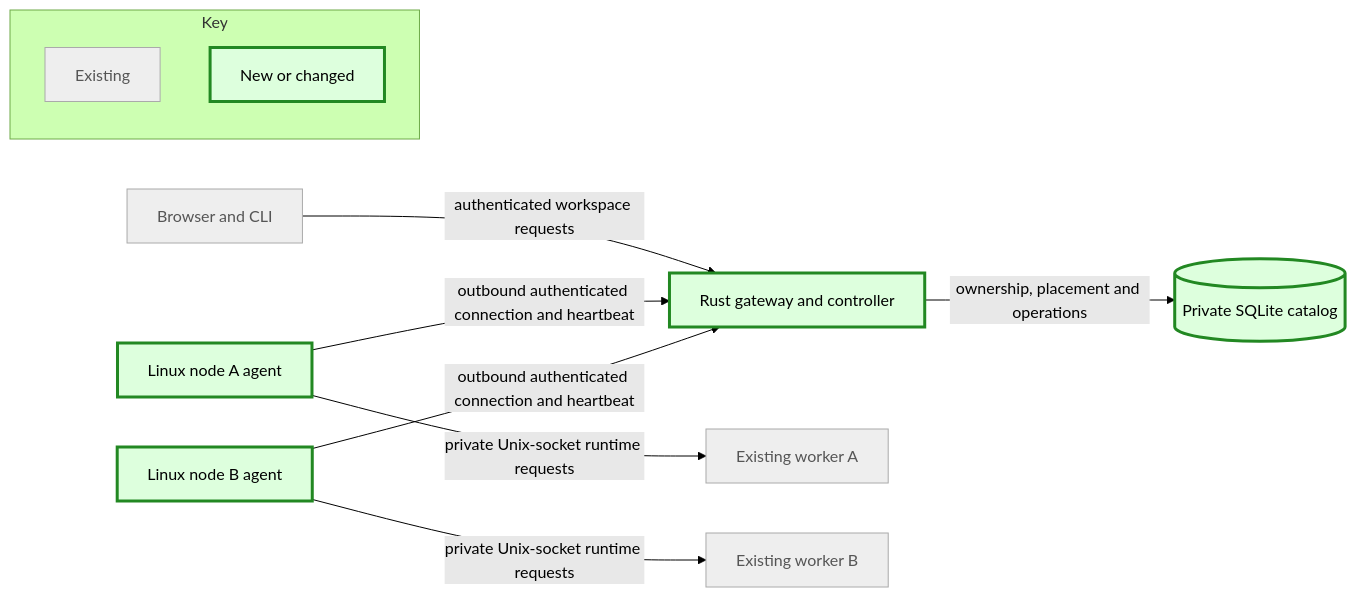
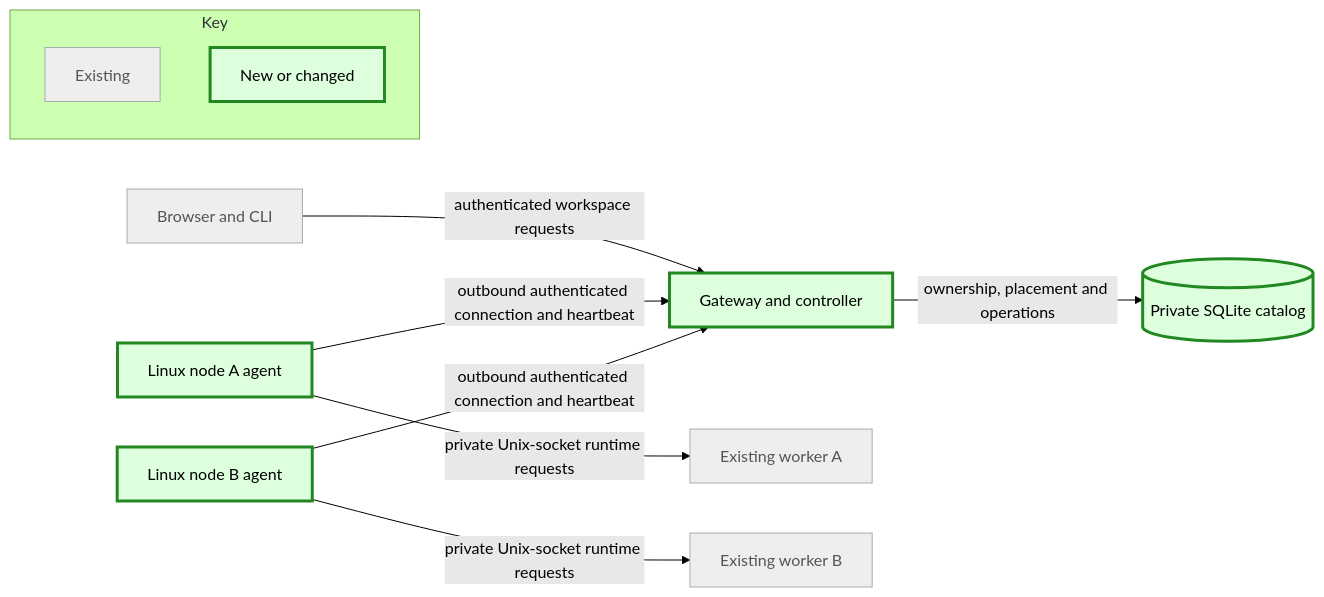
The first of 2 diagrams in docs/plans/multinode-architecture.md (sebassdc/open-workspaces), drawn with Mermaid (forest theme) before and after one commit. The commit also changed other lines of this file and 75 other files, not shown here.

````diff
--- a/docs/plans/multinode-architecture.md
+++ b/docs/plans/multinode-architecture.md
@@ -9,15 +9,15 @@
 ```mermaid
 flowchart LR
   subgraph Key
     E[Existing]:::old
     N[New or changed]:::new
   end
-  Client[Browser and CLI]:::old -->|authenticated workspace requests| Gateway[Rust gateway and controller]:::new
+  Client[Browser and CLI]:::old -->|authenticated workspace requests| Gateway[Gateway and controller]:::new
   Gateway -->|ownership, placement and operations| DB[(Private SQLite catalog)]:::new
   NodeA[Linux node A agent]:::new -->|outbound authenticated connection and heartbeat| Gateway
   NodeB[Linux node B agent]:::new -->|outbound authenticated connection and heartbeat| Gateway
   NodeA -->|private Unix-socket runtime requests| WorkerA[Existing worker A]:::old
   NodeB -->|private Unix-socket runtime requests| WorkerB[Existing worker B]:::old
   classDef old fill:#eee,stroke:#aaa,color:#555
   classDef new fill:#dfd,stroke:#282,stroke-width:3px
 ```
````
